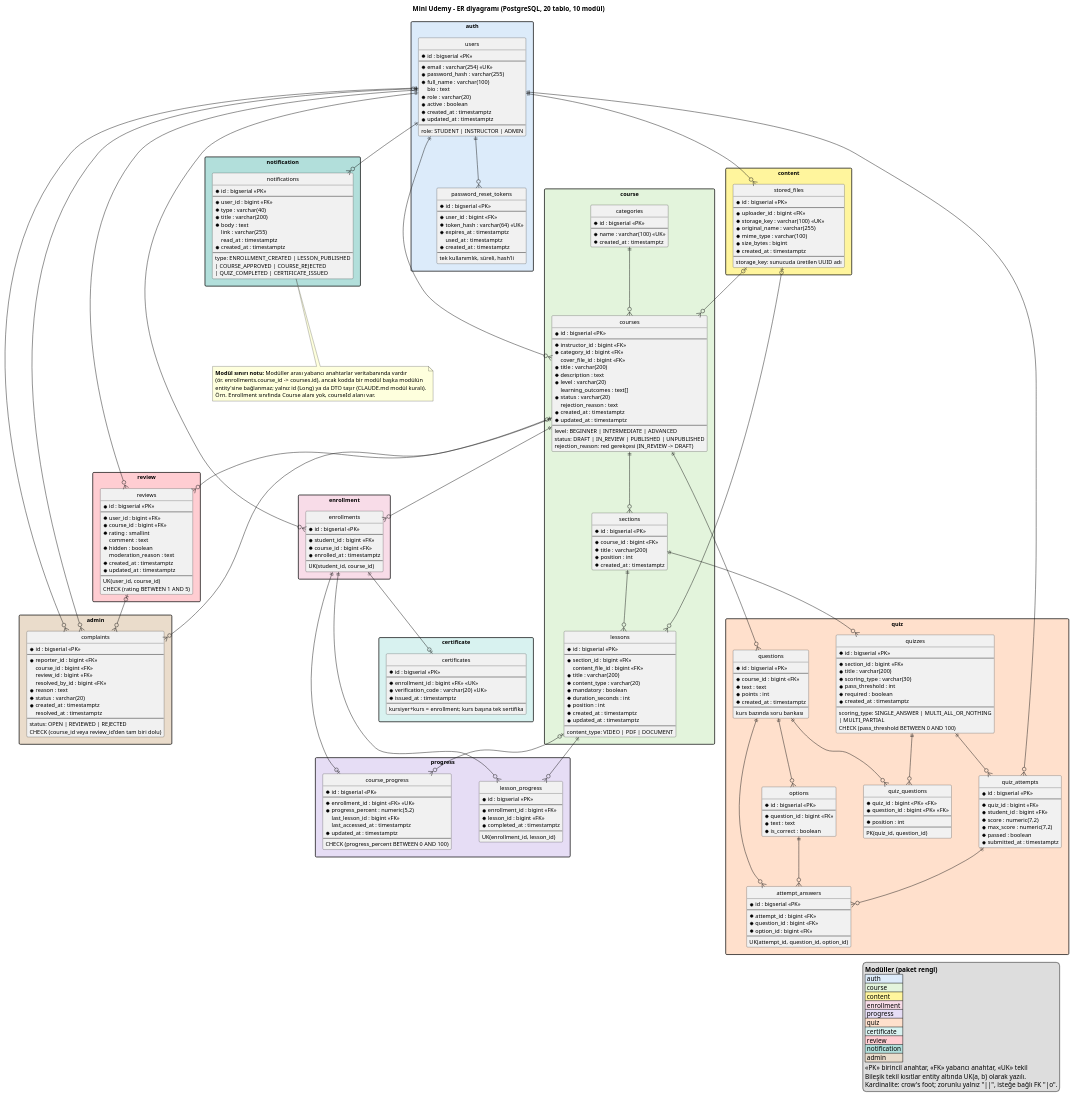
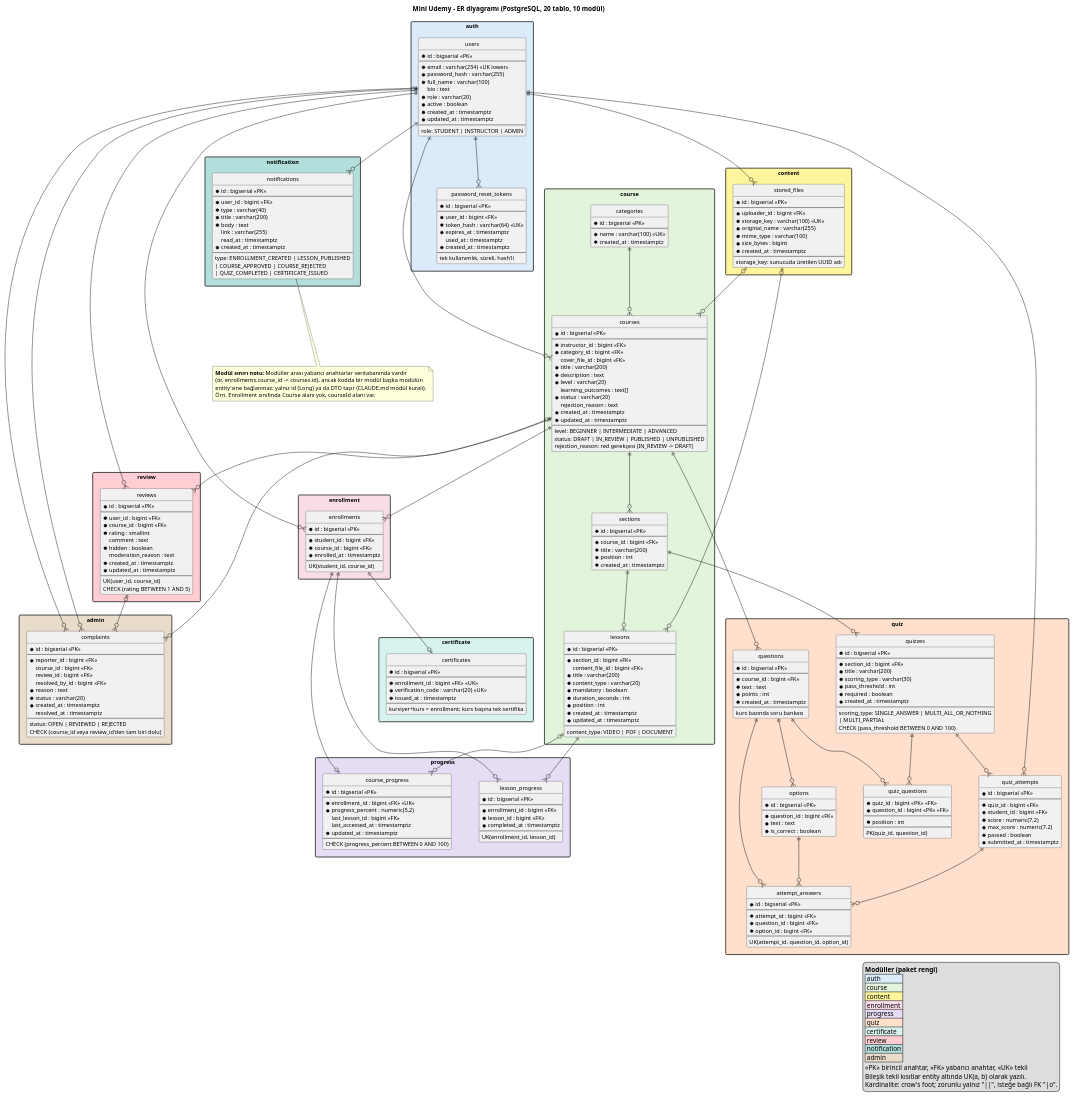
The diagram in docs/diagrams/er.puml (Bertanokt/mini-udemy), drawn with PlantUML before and after one commit. The commit also changed 3 other files, not shown here.

Commit message:
E-posta tekilliği büyük/küçük harfe duyarsız (lower(email) unique index)

```diff
--- a/docs/diagrams/er.puml
+++ b/docs/diagrams/er.puml
@@ -19,7 +19,7 @@
   entity users {
     * id : bigserial <<PK>>
     --
-    * email : varchar(254) <<UK>>
+    * email : varchar(254) <<UK lower>>
     * password_hash : varchar(255)
     * full_name : varchar(100)
     bio : text
```
